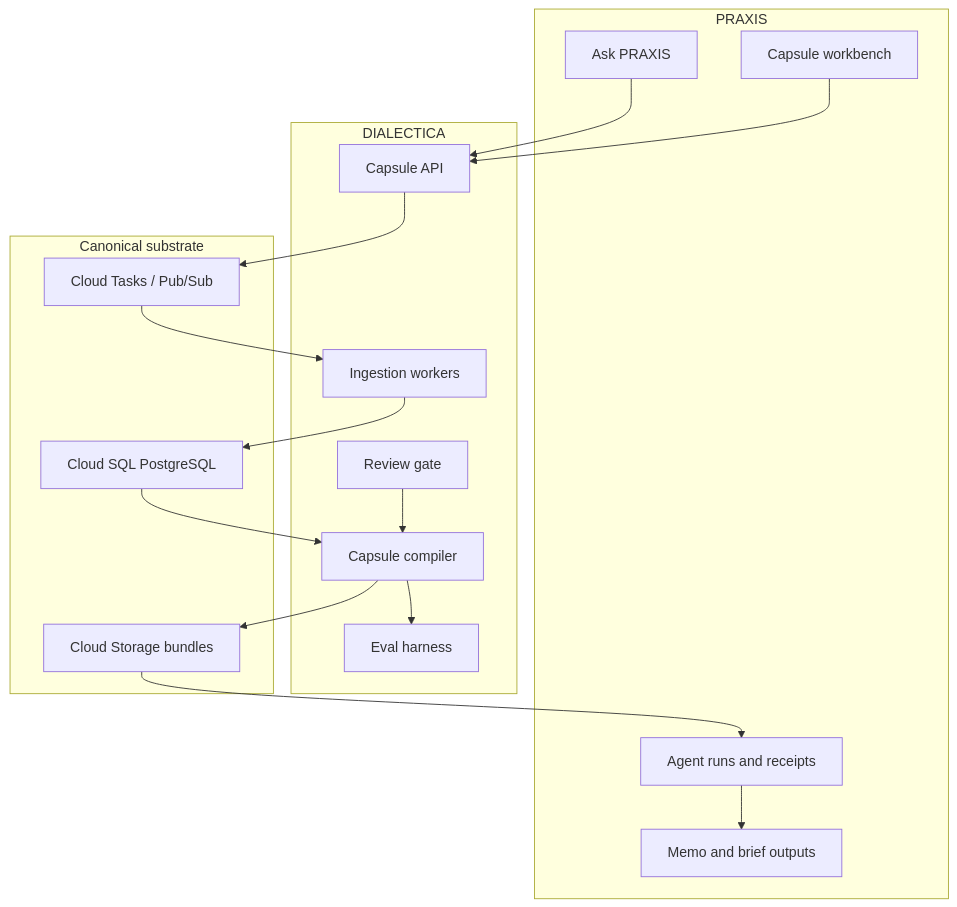
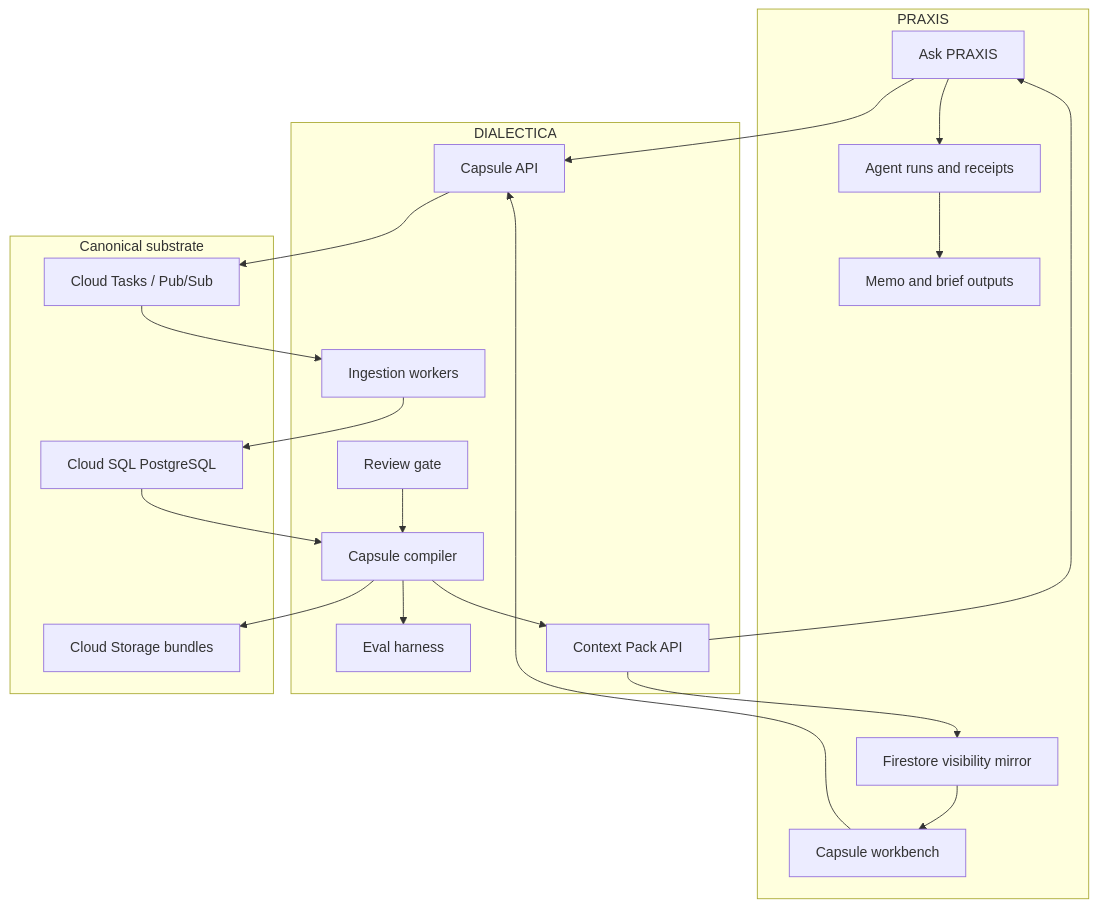
One commit to sargonxg/A3_DIALECTICAbyTACITUS_v3 changed the first of 3 diagrams in README.md. Above: the diagram before and after it, drawn with Mermaid. The commit also changed other lines of this file and 39 other files, not shown here.

Commit message:
docs: sharpen graph registry and build baseline

````diff
--- a/README.md
+++ b/README.md
@@ -103,35 +99,41 @@
 ```mermaid
 flowchart TB
   subgraph P["PRAXIS"]
     Ask["Ask PRAXIS"]
     Workbench["Capsule workbench"]
+    Firestore["Firestore visibility mirror"]
     Runs["Agent runs and receipts"]
     Memos["Memo and brief outputs"]
   end
 
   subgraph D["DIALECTICA"]
     API["Capsule API"]
+    ContextPack["Context Pack API"]
     Ingest["Ingestion workers"]
     Compiler["Capsule compiler"]
     Review["Review gate"]
     Eval["Eval harness"]
   end
 
   subgraph Store["Canonical substrate"]
     PG["Cloud SQL PostgreSQL"]
     GCS["Cloud Storage bundles"]
     Tasks["Cloud Tasks / Pub/Sub"]
   end
 
   Ask --> API
   Workbench --> API
   API --> Tasks
   Tasks --> Ingest
   Ingest --> PG
   PG --> Compiler
   Review --> Compiler
   Compiler --> GCS
   Compiler --> Eval
-  GCS --> Runs
+  Compiler --> ContextPack
+  ContextPack --> Firestore
+  ContextPack --> Ask
+  Firestore --> Workbench
+  Ask --> Runs
   Runs --> Memos
 ```
````
